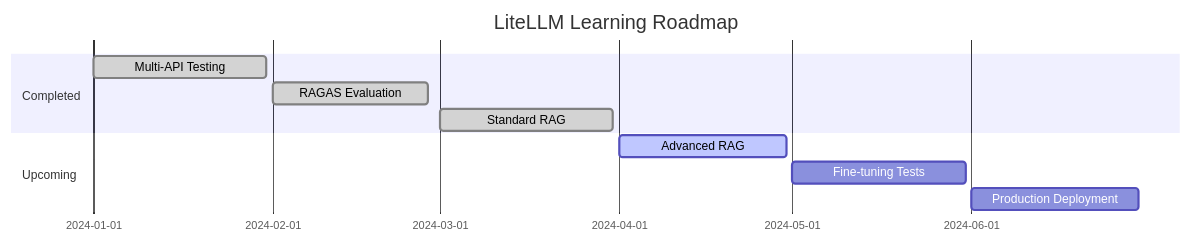
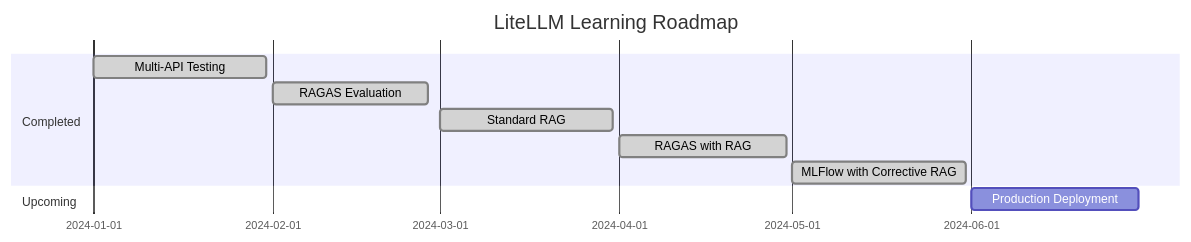
One commit to dhruvsh1997/LiteLLM-Experiments changed the sixth of 8 diagrams in README.MD. Above: the diagram before and after it, drawn with Mermaid. The commit also changed other lines of this file, not shown here.

````diff
--- a/README.MD
+++ b/README.MD
@@ -305,14 +338,14 @@
 ```mermaid
 gantt
     title LiteLLM Learning Roadmap
     dateFormat  YYYY-MM-DD
     section Completed
     Multi-API Testing      :done, exp1, 2024-01-01, 2024-01-31
     RAGAS Evaluation       :done, exp2, 2024-02-01, 2024-02-28
     Standard RAG           :done, exp3, 2024-03-01, 2024-03-31
+    RAGAS with RAG         :done, exp4, 2024-04-01, 2024-04-30
+    MLFlow with Corrective RAG :done, exp5, 2024-05-01, 2024-05-31
     
     section Upcoming
-    Advanced RAG           :active, exp4, 2024-04-01, 2024-04-30
-    Fine-tuning Tests      :exp5, 2024-05-01, 2024-05-31
     Production Deployment  :exp6, 2024-06-01, 2024-06-30
 ```
````
